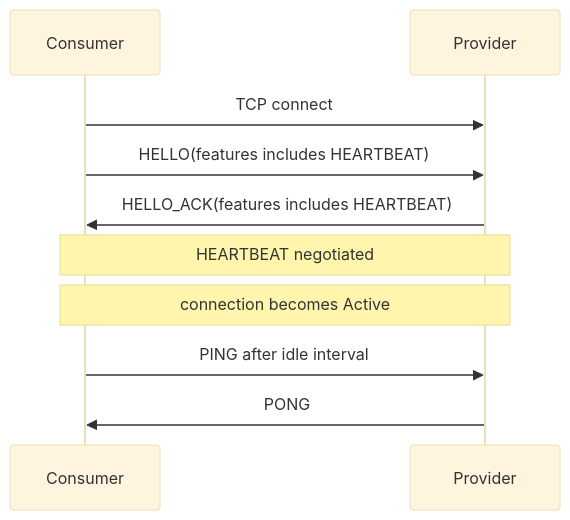
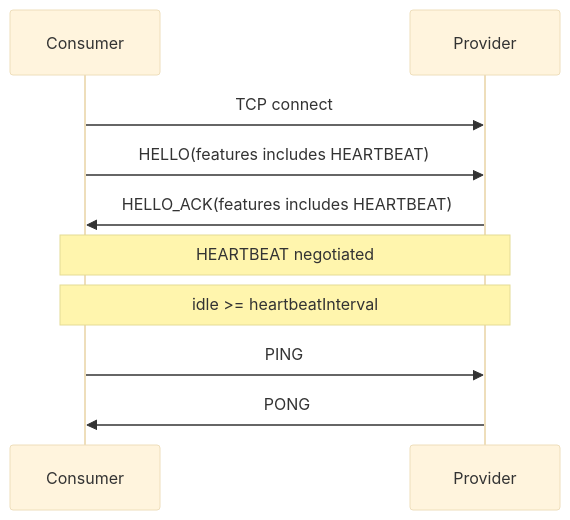
The first of 2 diagrams in docs/production-kernel-v2c2.md (Ryan-Guizhou/peach-rpc), drawn with Mermaid (base theme) before and after one commit. The commit also changed other lines of this file, not shown here.

```diff
--- a/docs/production-kernel-v2c2.md
+++ b/docs/production-kernel-v2c2.md
@@ -23,13 +29,13 @@
 ~~~mermaid
 sequenceDiagram
     participant C as Consumer
     participant P as Provider
 
     C->>P: TCP connect
     C->>P: HELLO(features includes HEARTBEAT)
     P->>C: HELLO_ACK(features includes HEARTBEAT)
     Note over C,P: HEARTBEAT negotiated
-    Note over C,P: connection becomes Active
-    C->>P: PING after idle interval
+    Note over C,P: idle >= heartbeatInterval
+    C->>P: PING
     P->>C: PONG
 ~~~
```
